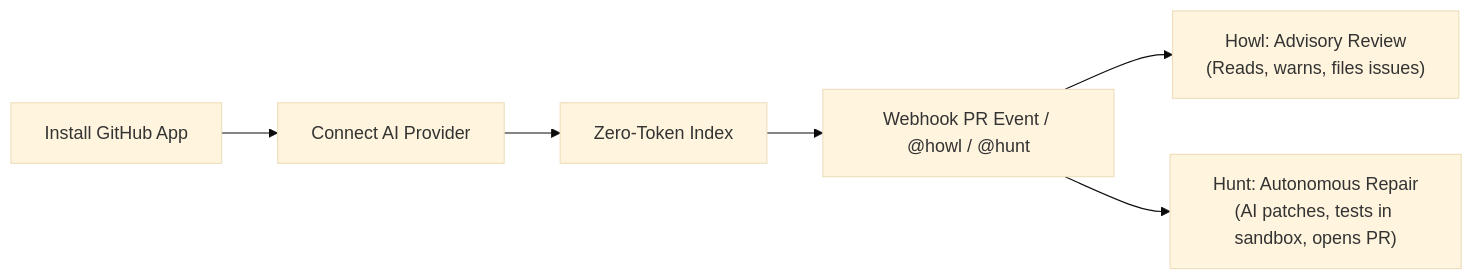
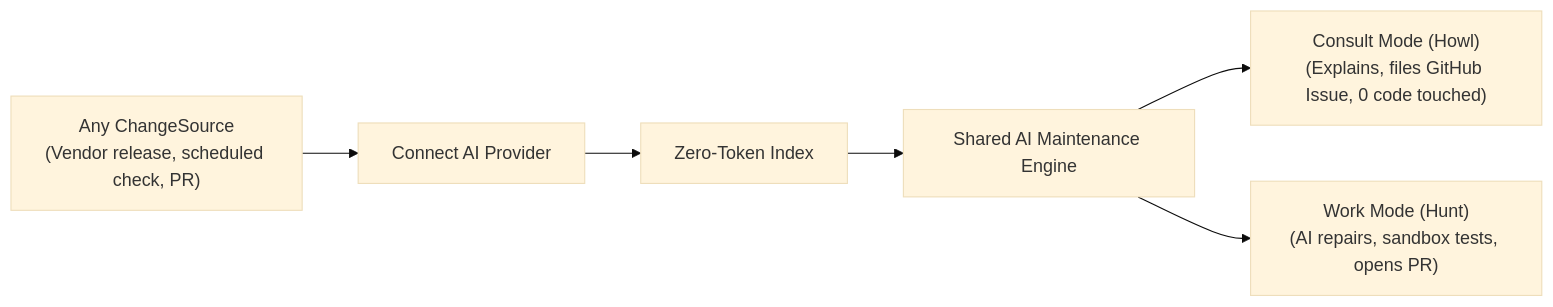
Before and after one commit to Devaretanmay/HAVFRYS: the first of 3 diagrams in docs/SYSTEM_MAP.md, drawn with Mermaid (base theme). The commit also changed other lines of this file and 12 other files, not shown here.

First line of the commit message:
feat(architecture): align Consult and Work modes with shared AI reasoning

````diff
--- a/docs/SYSTEM_MAP.md
+++ b/docs/SYSTEM_MAP.md
@@ -7,8 +7,8 @@
 ```mermaid
 flowchart LR
-    A["Install GitHub App"] --> B["Connect AI Provider"]
+    A["Any ChangeSource<br/>(Vendor release, scheduled check, PR)"] --> B["Connect AI Provider"]
     B --> C["Zero-Token Index"]
-    C --> D["Webhook PR Event / @howl / @hunt"]
-    D --> E["Howl: Advisory Review<br/>(Reads, warns, files issues)"]
-    D --> F["Hunt: Autonomous Repair<br/>(AI patches, tests in sandbox, opens PR)"]
+    C --> D["Shared AI Maintenance Engine"]
+    D --> E["Consult Mode (Howl)<br/>(Explains, files GitHub Issue, 0 code touched)"]
+    D --> F["Work Mode (Hunt)<br/>(AI repairs, sandbox tests, opens PR)"]
 ```
````
